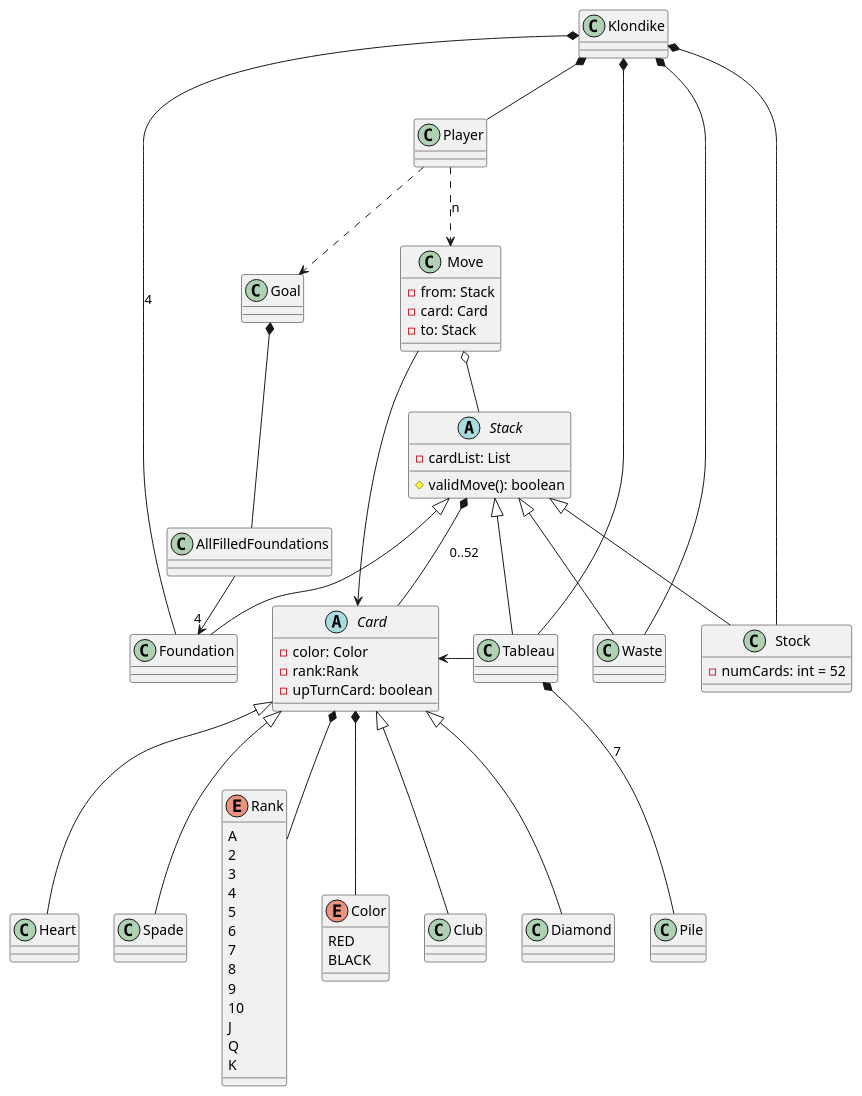
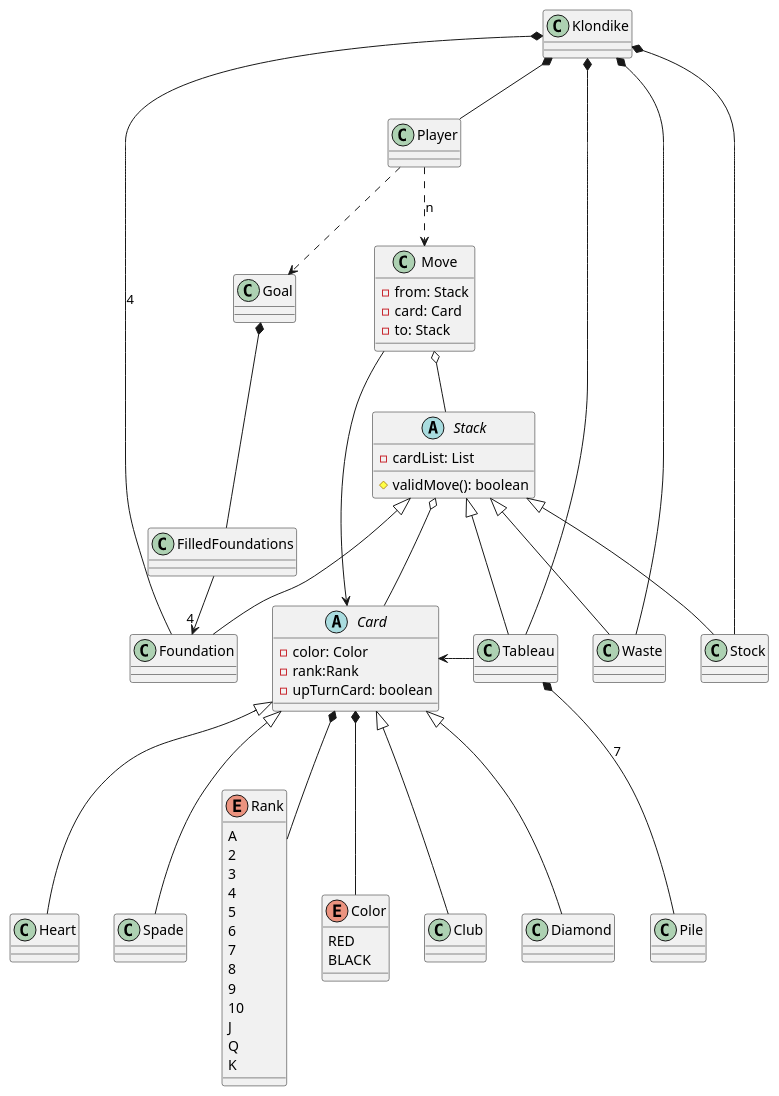
One commit to bvegaM/software_degree changed the diagram in klondike/diagrams/clases-diagram.iuml. Above: the diagram before and after it, drawn with PlantUML. The commit also changed 1 other file, not shown here.

Commit message:
modified class diagram

```diff
--- a/klondike/diagrams/clases-diagram.iuml
+++ b/klondike/diagrams/clases-diagram.iuml
@@ -1,92 +1,90 @@
 @startuml klondike
 
 'clases'
 class Klondike
 class Player
 class Pile
 class Tableau
 class Foundation
 class Waste
-class Stock{
-    - numCards: int = 52
-}
+class Stock
 class Move{
     - from: Stack
     - card: Card
     - to: Stack
 }
 class Goal
 class Pile
 
 class Club
 class Diamond
 class Heart
 class Spade
 
 'absract clases'
 abstract Stack{
     - cardList: List
     # validMove(): boolean
 }
 abstract Card{
     - color: Color
     - rank:Rank
     - upTurnCard: boolean
 }
 
 'enum clases'
 enum Rank{
     A
     2
     3
     4
     5
     6
     7
     8
     9
     10
     J
     Q
     K
 }
 enum Color{
     RED
     BLACK
 }
 
 'relations'
 
 Klondike *-down- Player
 Klondike *-down- Foundation: 4
 Klondike *-down- Tableau
 Klondike *-down- Waste
 Klondike *-down- Stock
 
 Stack <|-down- Tableau
 Stack <|-down- Foundation
 Stack <|-down- Waste
 Stack <|-down- Stock
-Stack *-down- Card : 0..52
+Stack o-down- Card
 
 Move o-down- Stack
 Move -down-> Card
 
 Player .down.> Move: n
 Player .down.> Goal
 
-Goal *-down- AllFilledFoundations
-AllFilledFoundations -right-> "4" Foundation
+Goal *-down- FilledFoundations
+FilledFoundations -right-> "4" Foundation
 
 
 Card <|-down- Club
 Card <|-down- Diamond
 Card <|-down- Heart
 Card <|-down- Spade
 Card *-down- Rank
 Card *-down- Color
 
 Tableau -left-> Card
 Tableau *-down- Pile: 7
 
 @enduml
```
